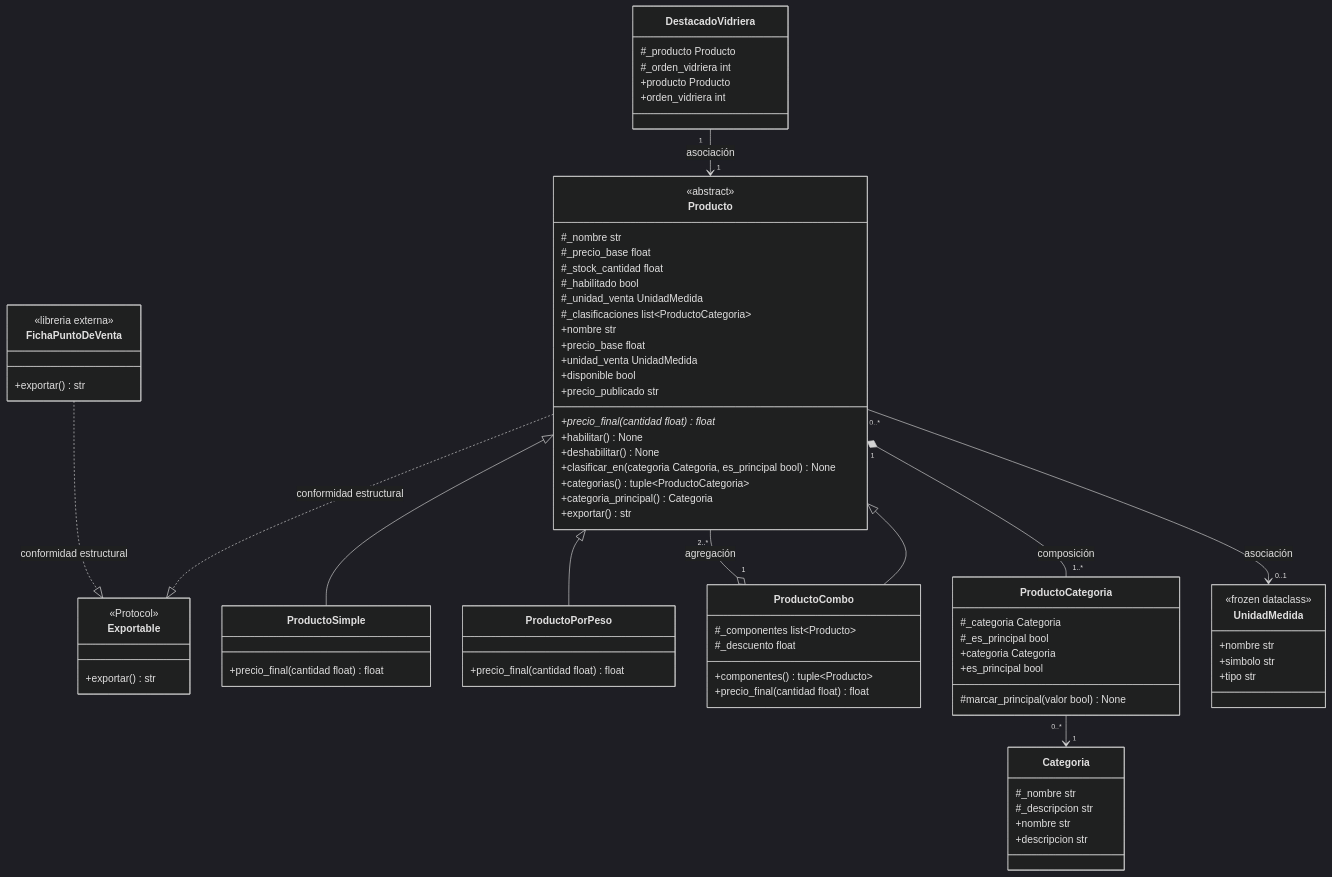
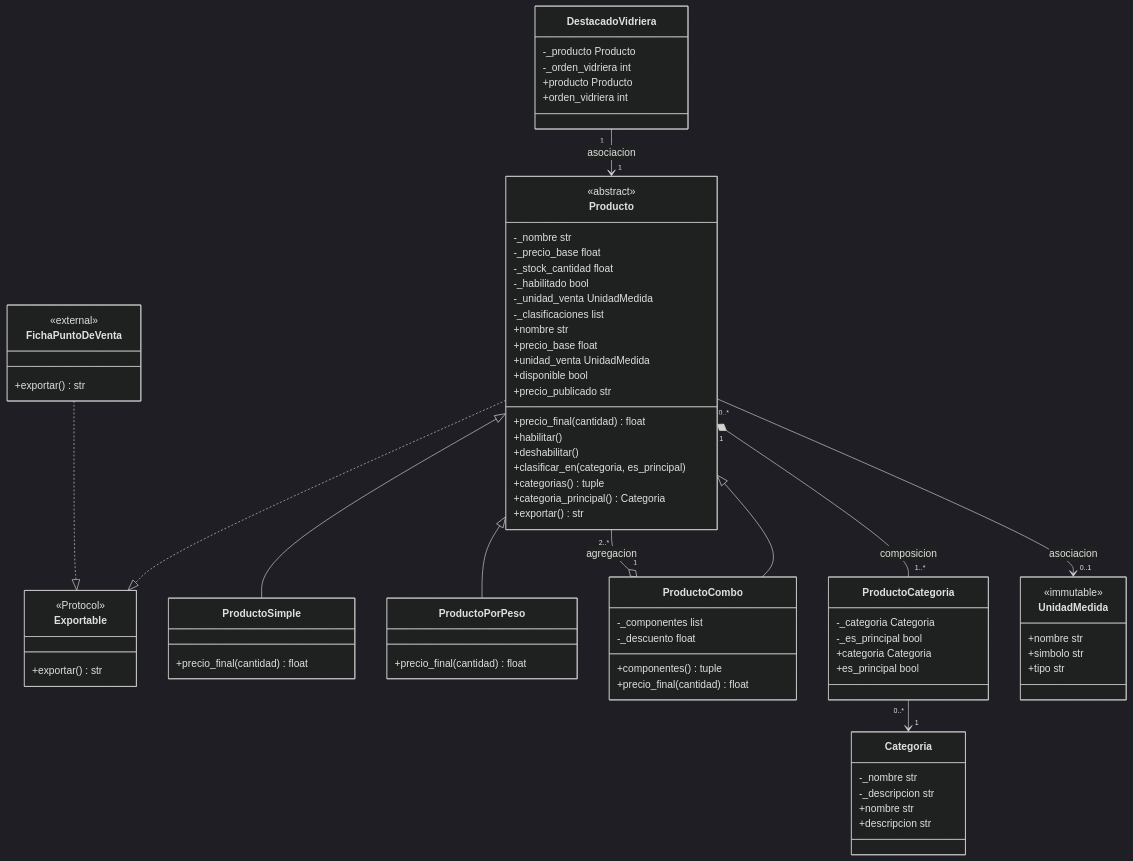
Before and after one commit to NicolasViruel/moodle-utn-mcp: the diagram in materias/programacion-4/parcial-1-poo/Viruel_Nicolas_P1_POO/uml/modelo_final.md, drawn with Mermaid (dark theme). The commit also changed 36 other files, not shown here.

````diff
--- a/materias/programacion-4/parcial-1-poo/Viruel_Nicolas_P1_POO/uml/modelo_final.md
+++ b/materias/programacion-4/parcial-1-poo/Viruel_Nicolas_P1_POO/uml/modelo_final.md
@@ -5,79 +5,78 @@
 ```mermaid
 classDiagram
     class Exportable {
         <<Protocol>>
         +exportar() str
     }
     class Producto {
         <<abstract>>
-        #_nombre str
-        #_precio_base float
-        #_stock_cantidad float
-        #_habilitado bool
-        #_unidad_venta UnidadMedida
-        #_clasificaciones list~ProductoCategoria~
+        -_nombre str
+        -_precio_base float
+        -_stock_cantidad float
+        -_habilitado bool
+        -_unidad_venta UnidadMedida
+        -_clasificaciones list
         +nombre str
         +precio_base float
         +unidad_venta UnidadMedida
         +disponible bool
         +precio_publicado str
-        +precio_final(cantidad float)* float
-        +habilitar() None
-        +deshabilitar() None
-        +clasificar_en(categoria Categoria, es_principal bool) None
-        +categorias() tuple~ProductoCategoria~
+        +precio_final(cantidad) float
+        +habilitar()
+        +deshabilitar()
+        +clasificar_en(categoria, es_principal)
+        +categorias() tuple
         +categoria_principal() Categoria
         +exportar() str
     }
     class ProductoSimple {
-        +precio_final(cantidad float) float
+        +precio_final(cantidad) float
     }
     class ProductoPorPeso {
-        +precio_final(cantidad float) float
+        +precio_final(cantidad) float
     }
     class ProductoCombo {
-        #_componentes list~Producto~
-        #_descuento float
-        +componentes() tuple~Producto~
-        +precio_final(cantidad float) float
+        -_componentes list
+        -_descuento float
+        +componentes() tuple
+        +precio_final(cantidad) float
     }
     class DestacadoVidriera {
-        #_producto Producto
-        #_orden_vidriera int
+        -_producto Producto
+        -_orden_vidriera int
         +producto Producto
         +orden_vidriera int
     }
     class ProductoCategoria {
-        #_categoria Categoria
-        #_es_principal bool
+        -_categoria Categoria
+        -_es_principal bool
         +categoria Categoria
         +es_principal bool
-        #marcar_principal(valor bool) None
     }
     class Categoria {
-        #_nombre str
-        #_descripcion str
+        -_nombre str
+        -_descripcion str
         +nombre str
         +descripcion str
     }
     class UnidadMedida {
-        <<frozen dataclass>>
+        <<immutable>>
         +nombre str
         +simbolo str
         +tipo str
     }
     class FichaPuntoDeVenta {
-        <<libreria externa>>
+        <<external>>
         +exportar() str
     }
     Producto <|-- ProductoSimple
     Producto <|-- ProductoPorPeso
     Producto <|-- ProductoCombo
-    Producto "1" *-- "1..*" ProductoCategoria : composición
-    ProductoCombo "1" o-- "2..*" Producto : agregación
-    Producto "0..*" --> "0..1" UnidadMedida : asociación
+    Producto "1" *-- "1..*" ProductoCategoria : composicion
+    ProductoCombo "1" o-- "2..*" Producto : agregacion
+    Producto "0..*" --> "0..1" UnidadMedida : asociacion
     ProductoCategoria "0..*" --> "1" Categoria
-    DestacadoVidriera "1" --> "1" Producto : asociación
-    Producto ..|> Exportable : conformidad estructural
-    FichaPuntoDeVenta ..|> Exportable : conformidad estructural
+    DestacadoVidriera "1" --> "1" Producto : asociacion
+    Producto ..|> Exportable
+    FichaPuntoDeVenta ..|> Exportable
 ```
````
